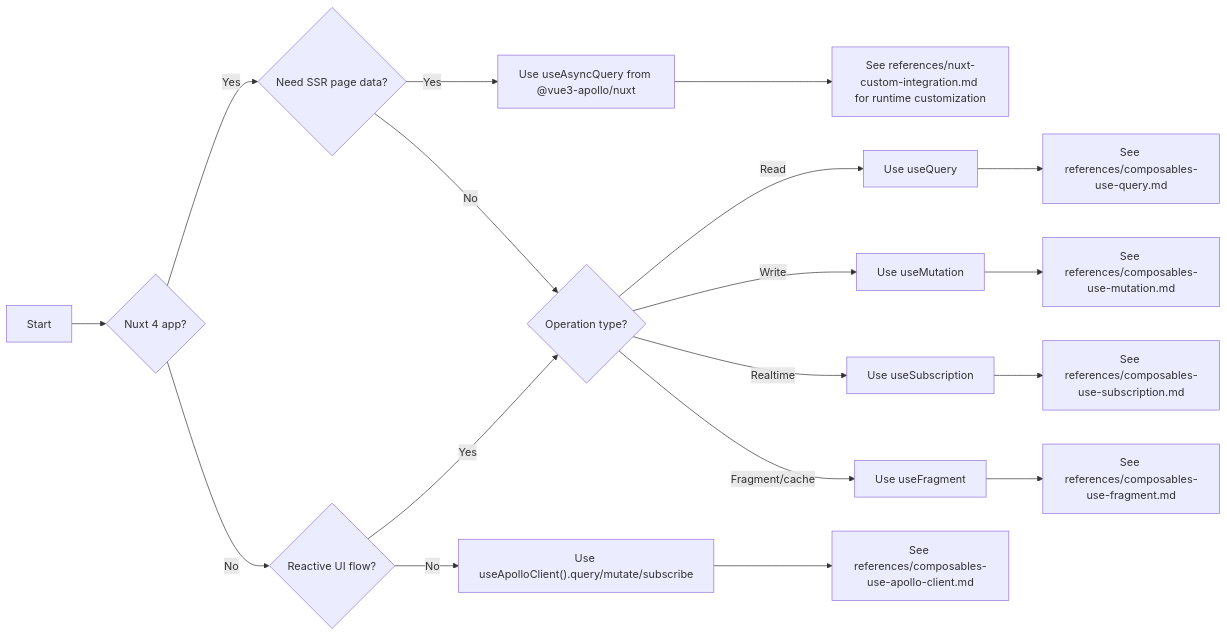
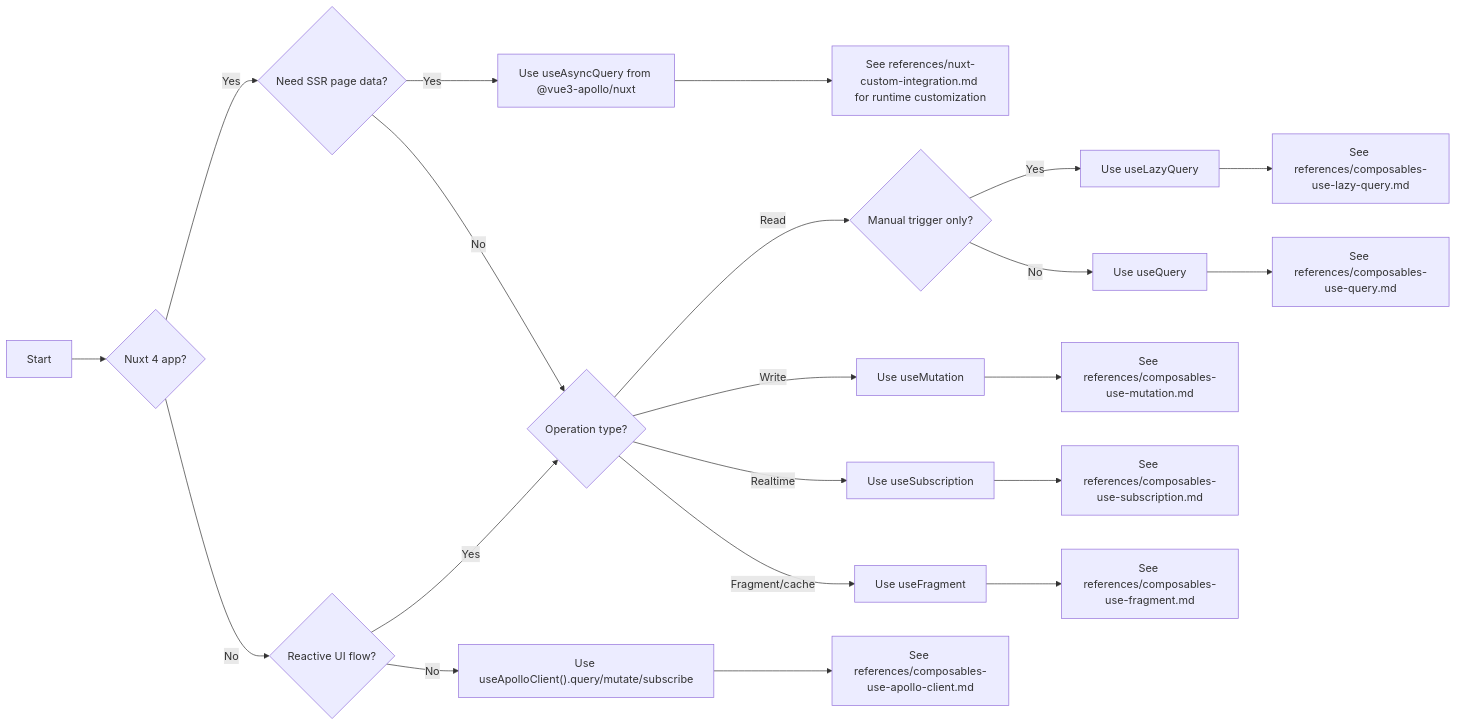
The diagram in skills/vue3-apollo/references/overview-and-decision-tree.md (guendev/vue3-apollo), drawn with Mermaid before and after one commit. The commit also changed other lines of this file and 23 other files, not shown here.

Commit message:
✨ feat(core): add useLazyQuery and docs

````diff
--- a/skills/vue3-apollo/references/overview-and-decision-tree.md
+++ b/skills/vue3-apollo/references/overview-and-decision-tree.md
@@ -24,20 +24,23 @@
 ```mermaid
 flowchart LR
   A["Start"] --> B{"Nuxt 4 app?"}
   B -- "Yes" --> C{"Need SSR page data?"}
   C -- "Yes" --> D["Use useAsyncQuery from @vue3-apollo/nuxt"]
   C -- "No" --> E{"Operation type?"}
-  E -- "Read" --> F["Use useQuery"]
+  E -- "Read" --> F{"Manual trigger only?"}
+  F -- "Yes" --> F2["Use useLazyQuery"]
+  F -- "No" --> F1["Use useQuery"]
   E -- "Write" --> G["Use useMutation"]
   E -- "Realtime" --> H["Use useSubscription"]
   E -- "Fragment/cache" --> I["Use useFragment"]
   B -- "No" --> J{"Reactive UI flow?"}
   J -- "Yes" --> E
   J -- "No" --> K["Use useApolloClient().query/mutate/subscribe"]
   D --> L["See references/nuxt-custom-integration.md for runtime customization"]
-  F --> M["See references/composables-use-query.md"]
+  F1 --> M["See references/composables-use-query.md"]
+  F2 --> M2["See references/composables-use-lazy-query.md"]
   G --> N["See references/composables-use-mutation.md"]
   H --> O["See references/composables-use-subscription.md"]
   I --> P["See references/composables-use-fragment.md"]
   K --> Q["See references/composables-use-apollo-client.md"]
 ```
````
